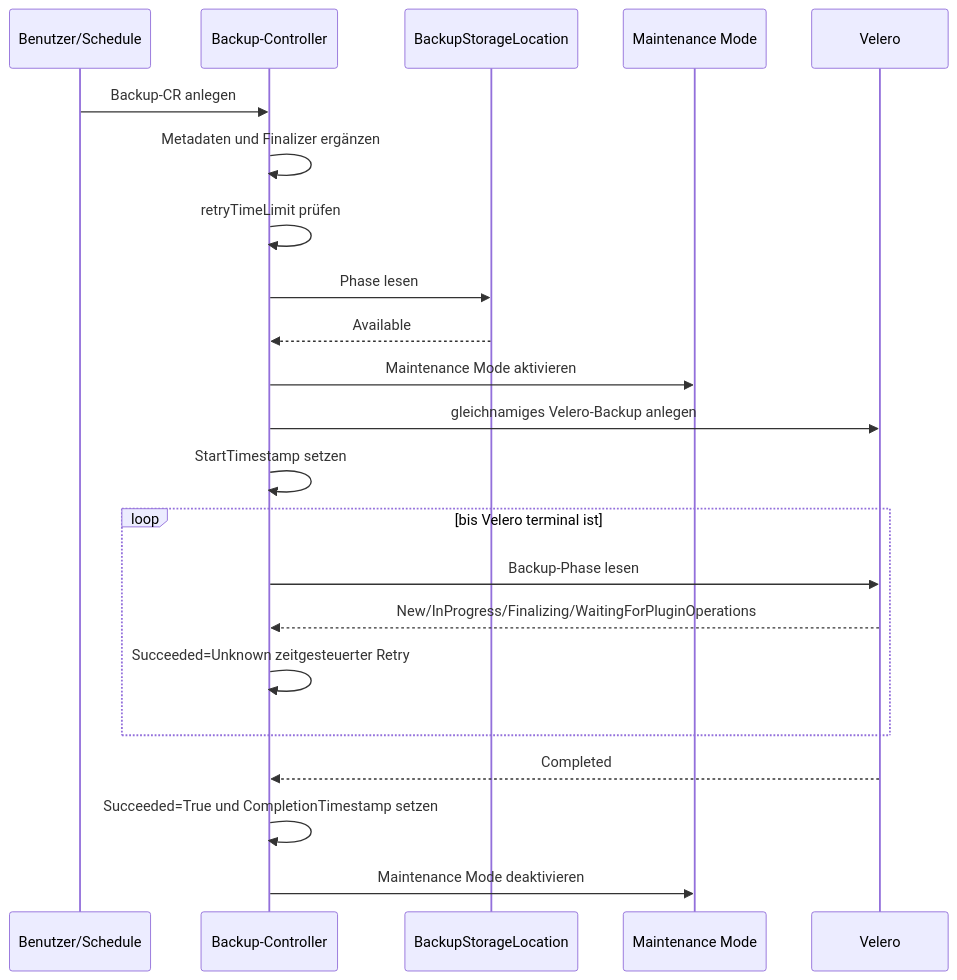
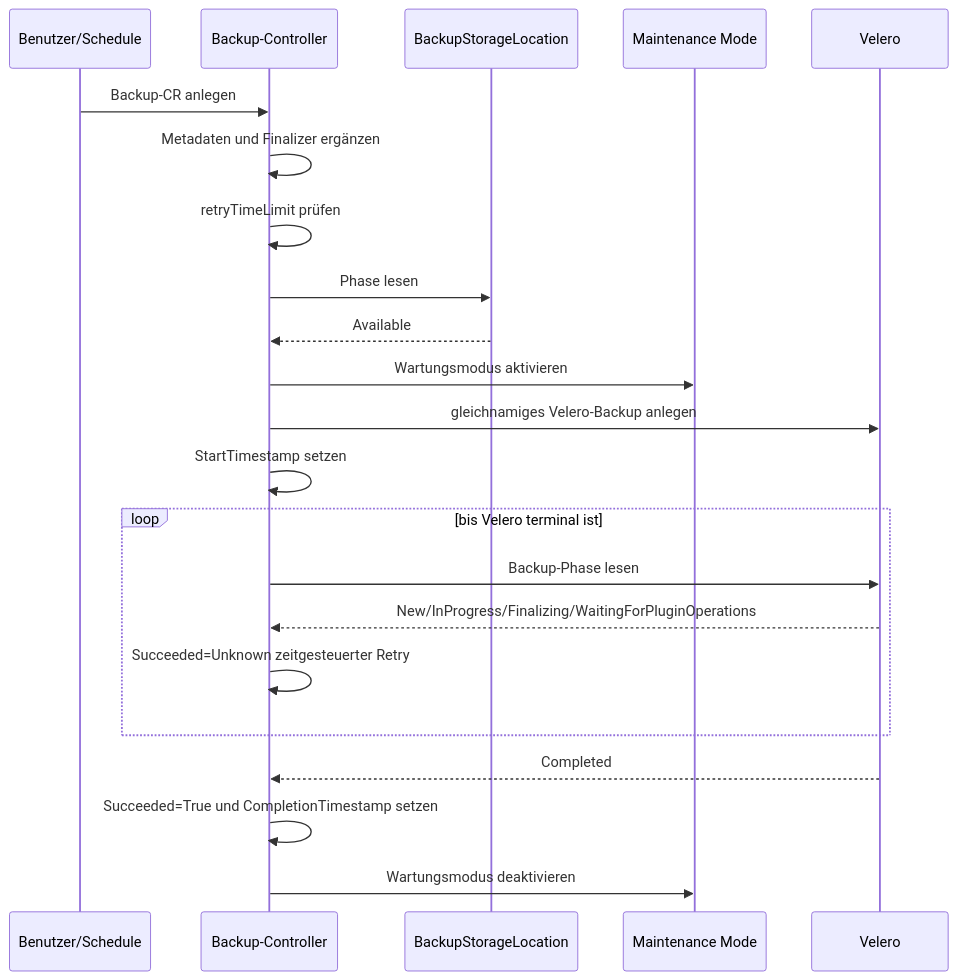
Before and after one commit to cloudogu/k8s-backup-operator: the second of 5 diagrams in docs/development/backup/backup_process_de.MD, drawn with Mermaid. The commit also changed other lines of this file and 4 other files, not shown here.

````diff
--- a/docs/development/backup/backup_process_de.MD
+++ b/docs/development/backup/backup_process_de.MD
@@ -112,25 +95,25 @@
 ```mermaid
 sequenceDiagram
     participant U as Benutzer/Schedule
     participant B as Backup-Controller
     participant S as BackupStorageLocation
     participant M as Maintenance Mode
     participant V as Velero
 
     U->>B: Backup-CR anlegen
     B->>B: Metadaten und Finalizer ergänzen
     B->>B: retryTimeLimit prüfen
     B->>S: Phase lesen
     S-->>B: Available
-    B->>M: Maintenance Mode aktivieren
+    B->>M: Wartungsmodus aktivieren
     B->>V: gleichnamiges Velero-Backup anlegen
     B->>B: StartTimestamp setzen
     loop bis Velero terminal ist
         B->>V: Backup-Phase lesen
         V-->>B: New/InProgress/Finalizing/WaitingForPluginOperations
         B->>B: Succeeded=Unknown zeitgesteuerter Retry
     end
     V-->>B: Completed
     B->>B: Succeeded=True und CompletionTimestamp setzen
-    B->>M: Maintenance Mode deaktivieren
+    B->>M: Wartungsmodus deaktivieren
 ```
````
